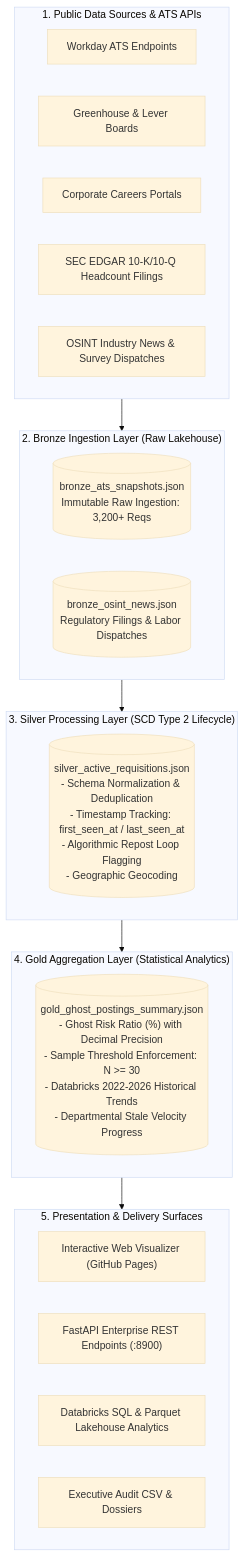
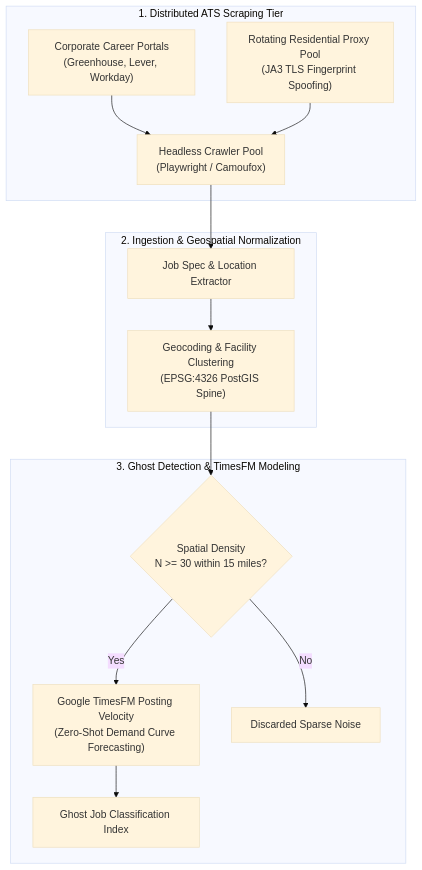
Before and after one commit to FreeFades2Black/ghost-job-intel-geospatial-pipeline: the diagram in README.md, drawn with Mermaid (base theme). The commit also changed other lines of this file and 10 other files, not shown here.

````diff
--- a/README.md
+++ b/README.md
@@ -40,35 +12,19 @@
 ```mermaid
 flowchart TD
-    subgraph S1["1. Public Data Sources & ATS APIs"]
-        A1["Workday ATS Endpoints"]
-        A2["Greenhouse & Lever Boards"]
-        A3["Corporate Careers Portals"]
-        A4["SEC EDGAR 10-K/10-Q Headcount Filings"]
-        A5["OSINT Industry News & Survey Dispatches"]
+    subgraph ScrapingTier ["1. Distributed ATS Scraping Tier"]
+        Target["Corporate Career Portals<br/>(Greenhouse, Lever, Workday)"] --> Crawler["Headless Crawler Pool<br/>(Playwright / Camoufox)"]
+        Proxy["Rotating Residential Proxy Pool<br/>(JA3 TLS Fingerprint Spoofing)"] --> Crawler
     end
 
-    subgraph S2["2. Bronze Ingestion Layer (Raw Lakehouse)"]
-        B1[("bronze_ats_snapshots.json<br/>Immutable Raw Ingestion: 3,200+ Reqs")]
-        B2[("bronze_osint_news.json<br/>Regulatory Filings & Labor Dispatches")]
+    subgraph NormalizationTier ["2. Ingestion & Geospatial Normalization"]
+        Crawler --> Extract["Job Spec & Location Extractor"]
+        Extract --> Geo["Geocoding & Facility Clustering<br/>(EPSG:4326 PostGIS Spine)"]
     end
 
-    subgraph S3["3. Silver Processing Layer (SCD Type 2 Lifecycle)"]
-        C1[("silver_active_requisitions.json<br/>- Schema Normalization & Deduplication<br/>- Timestamp Tracking: first_seen_at / last_seen_at<br/>- Algorithmic Repost Loop Flagging<br/>- Geographic Geocoding")]
+    subgraph IntelligenceTier ["3. Ghost Detection & TimesFM Modeling"]
+        Geo --> Density{"Spatial Density<br/>N >= 30 within 15 miles?"}
+        Density -->|Yes| TimesFM["Google TimesFM Posting Velocity<br/>(Zero-Shot Demand Curve Forecasting)"]
+        Density -->|No| Filter["Discarded Sparse Noise"]
+        TimesFM --> Flag["Ghost Job Classification Index"]
     end
-
-    subgraph S4["4. Gold Aggregation Layer (Statistical Analytics)"]
-        D1[("gold_ghost_postings_summary.json<br/>- Ghost Risk Ratio (%) with Decimal Precision<br/>- Sample Threshold Enforcement: N >= 30<br/>- Databricks 2022-2026 Historical Trends<br/>- Departmental Stale Velocity Progress")]
-    end
-
-    subgraph S5["5. Presentation & Delivery Surfaces"]
-        E1["Interactive Web Visualizer (GitHub Pages)"]
-        E2["FastAPI Enterprise REST Endpoints (:8900)"]
-        E3["Databricks SQL & Parquet Lakehouse Analytics"]
-        E4["Executive Audit CSV & Dossiers"]
-    end
-
-    S1 --> S2
-    S2 --> S3
-    S3 --> S4
-    S4 --> S5
 ```
````
